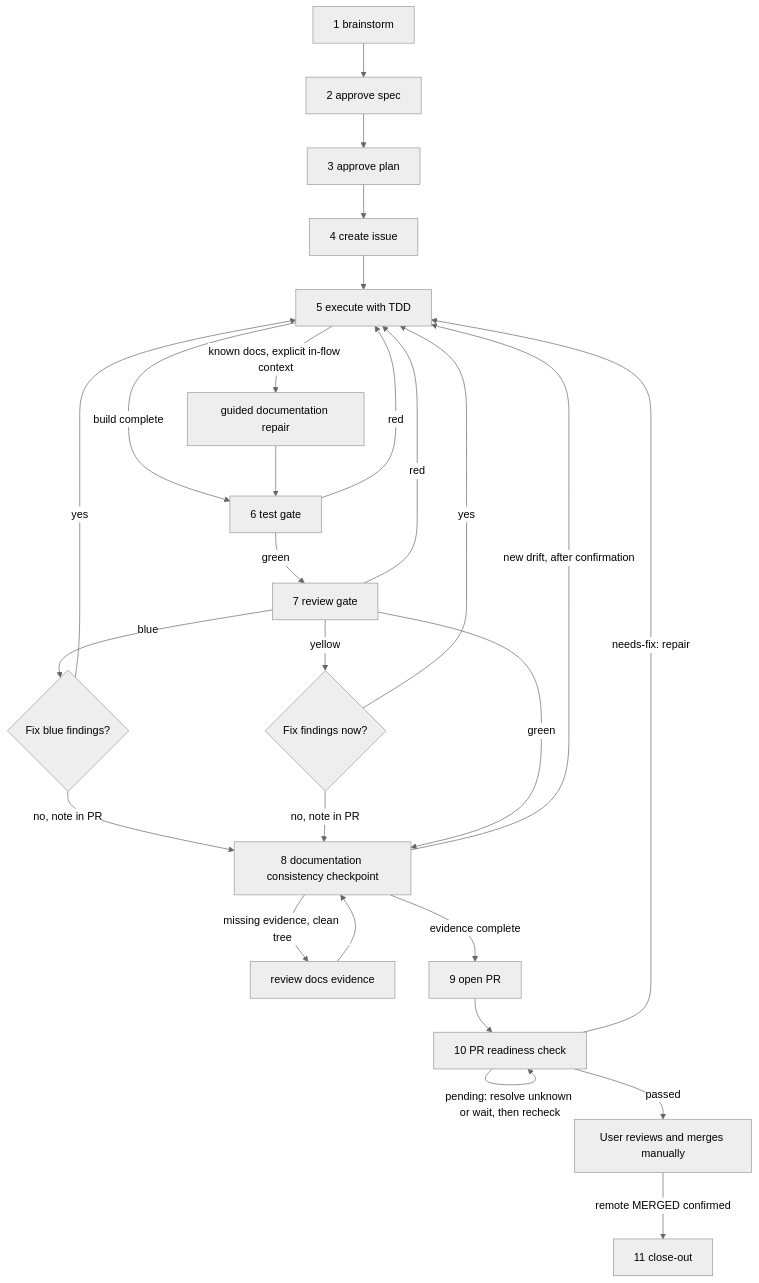
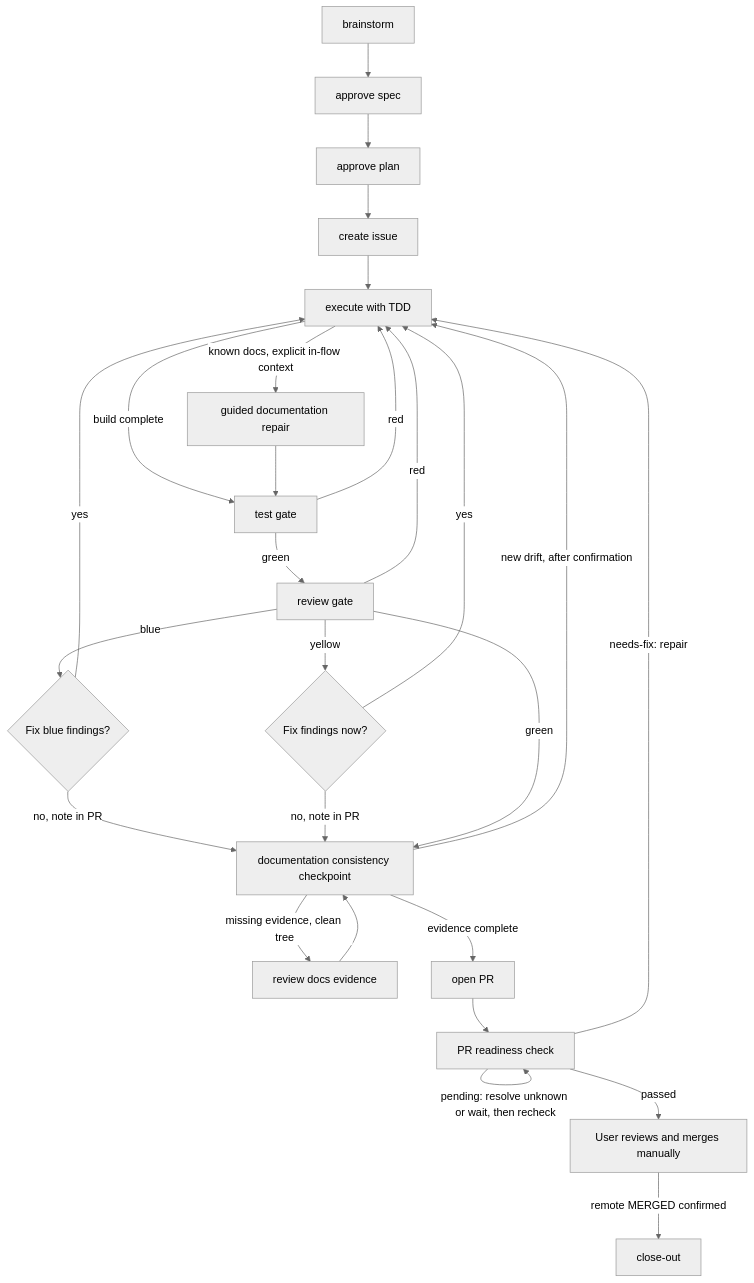
Before and after one commit to vincy-cheng/skills: the diagram in README.md, drawn with Mermaid (neutral theme). The commit also changed other lines of this file and 14 other files, not shown here.

````diff
--- a/README.md
+++ b/README.md
@@ -86,27 +85,27 @@
 ```mermaid
 flowchart TD
-    brainstorm[1 brainstorm] --> spec[2 approve spec] --> plan[3 approve plan]
-    plan --> issue[4 create issue] --> execute[5 execute with TDD]
+    brainstorm[brainstorm] --> spec[approve spec] --> plan[approve plan]
+    plan --> issue[create issue] --> execute[execute with TDD]
     execute -->|known docs, explicit in-flow context| docfix[guided documentation repair]
-    execute -->|build complete| test[6 test gate]
+    execute -->|build complete| test[test gate]
     docfix --> test
     test -- red --> execute
-    test -- green --> review[7 review gate]
+    test -- green --> review[review gate]
     review -- red --> execute
     review -- blue --> bluechoice{Fix blue findings?}
     bluechoice -- yes --> execute
-    bluechoice -- no, note in PR --> docscheck[8 documentation consistency checkpoint]
+    bluechoice -- no, note in PR --> docscheck[documentation consistency checkpoint]
     review -- yellow --> choice{Fix findings now?}
     choice -- yes --> execute
     choice -- no, note in PR --> docscheck
     review -->|green| docscheck
     docscheck -->|missing evidence, clean tree| supplement[review docs evidence]
     supplement --> docscheck
     docscheck -->|new drift, after confirmation| execute
-    docscheck -->|evidence complete| pr[9 open PR]
-    pr --> check[10 PR readiness check]
+    docscheck -->|evidence complete| pr[open PR]
+    pr --> check[PR readiness check]
     check -->|pending: resolve unknown or wait, then recheck| check
     check -->|needs-fix: repair| execute
     check -->|passed| manual[User reviews and merges manually]
-    manual -->|remote MERGED confirmed| closeout[11 close-out]
+    manual -->|remote MERGED confirmed| closeout[close-out]
 ```
````
